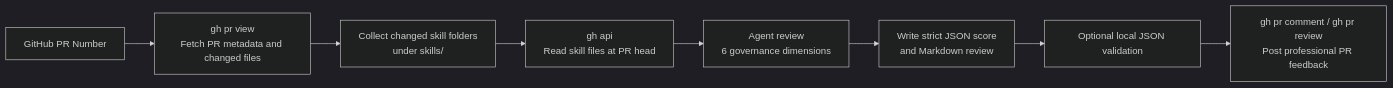
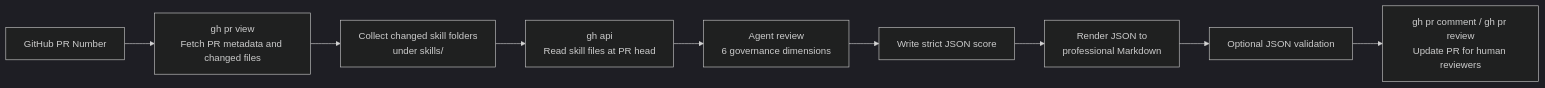
The diagram in skills/skills-quality-evaluator/SKILL.md (albertshao/shawn-skills), drawn with Mermaid (dark theme) before and after one commit. The commit also changed other lines of this file and 1 other file, not shown here.

Commit message:
feat: render review json to markdown and enforce gh auth

````diff
--- a/skills/skills-quality-evaluator/SKILL.md
+++ b/skills/skills-quality-evaluator/SKILL.md
@@ -22,10 +22,11 @@
 ```mermaid
 flowchart LR
     A["GitHub PR Number"] --> B["gh pr view<br/>Fetch PR metadata and changed files"]
     B --> C["Collect changed skill folders<br/>under skills/"]
     C --> D["gh api<br/>Read skill files at PR head"]
     D --> E["Agent review<br/>6 governance dimensions"]
-    E --> F["Write strict JSON score<br/>and Markdown review"]
-    F --> G["Optional local JSON validation"]
-    G --> H["gh pr comment / gh pr review<br/>Post professional PR feedback"]
+    E --> F["Write strict JSON score"]
+    F --> G["Render JSON to<br/>professional Markdown"]
+    G --> H["Optional JSON validation"]
+    H --> I["gh pr comment / gh pr review<br/>Update PR for human reviewers"]
 ```
````
